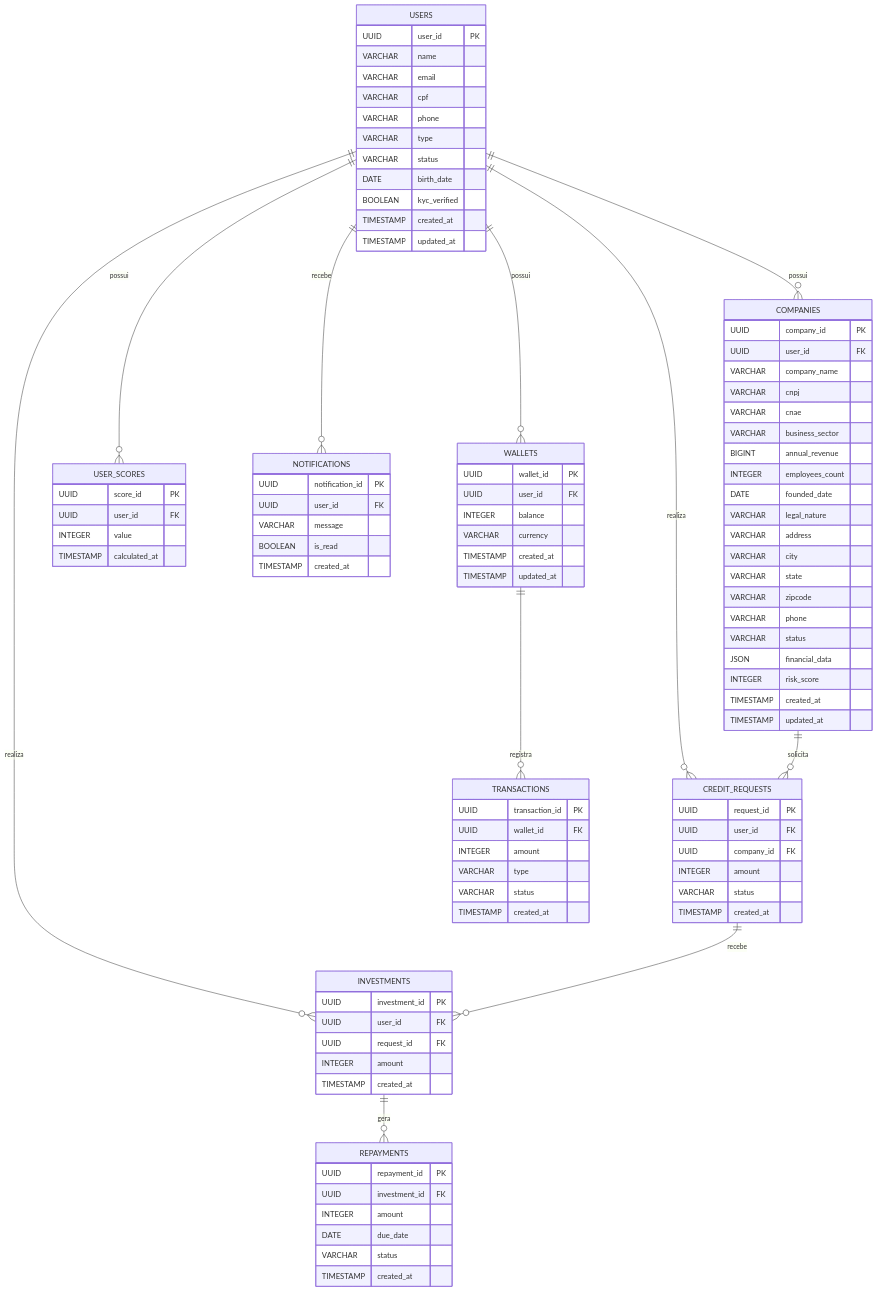
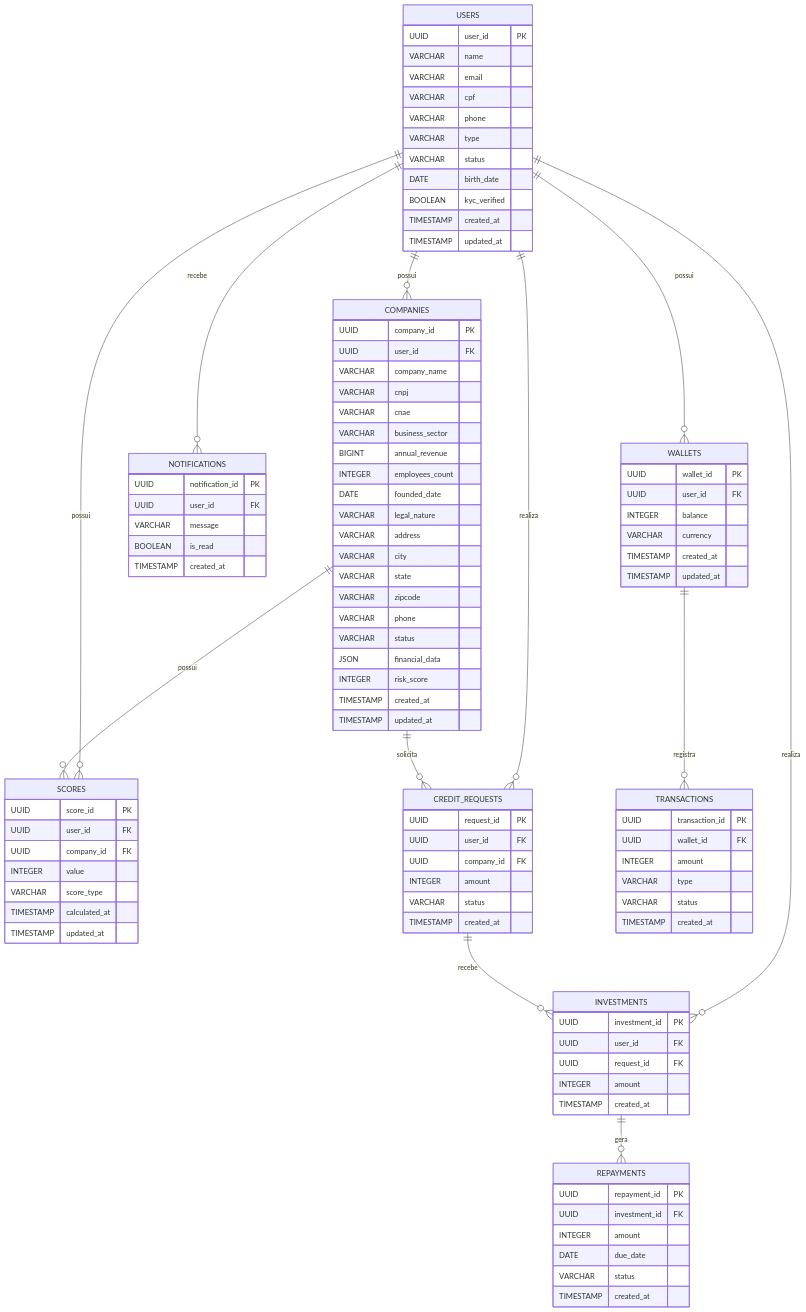
The diagram in README.md (QInvest/qinvest), drawn with Mermaid before and after one commit. The commit also changed other lines of this file, not shown here.

Commit message:
docs: Update scoring system in README.md to reflect changes in USER_SCORES table and scoring rules

```diff
--- a/README.md
+++ b/README.md
@@ -46,11 +46,14 @@
 		TIMESTAMP updated_at  ""  
 	}
 
-	USER_SCORES {
+	SCORES {
 		UUID score_id PK ""  
 		UUID user_id FK ""  
+		UUID company_id FK ""  
 		INTEGER value  ""  
+		VARCHAR score_type  ""  
 		TIMESTAMP calculated_at  ""  
+		TIMESTAMP updated_at  ""  
 	}
 
 	CREDIT_REQUESTS {
@@ -120,12 +123,13 @@
 	}
 
 	USERS||--o{WALLETS:"possui"
-	USERS||--o{USER_SCORES:"possui"
+	USERS||--o{SCORES:"possui"
 	USERS||--o{CREDIT_REQUESTS:"realiza"
 	USERS||--o{INVESTMENTS:"realiza"
 	USERS||--o{NOTIFICATIONS:"recebe"
 	USERS||--o{COMPANIES:"possui"
 	COMPANIES||--o{CREDIT_REQUESTS:"solicita"
+	COMPANIES||--o{SCORES:"possui"
 	WALLETS||--o{TRANSACTIONS:"registra"
 	CREDIT_REQUESTS||--o{INVESTMENTS:"recebe"
 	INVESTMENTS||--o{REPAYMENTS:"gera"
```
